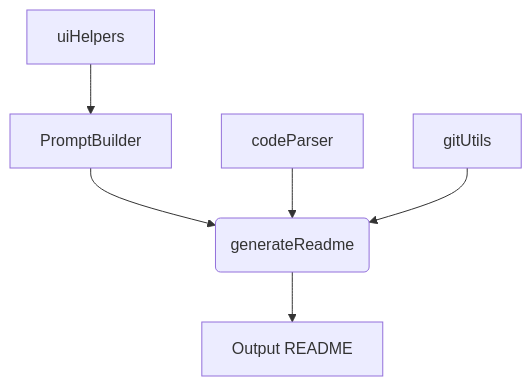
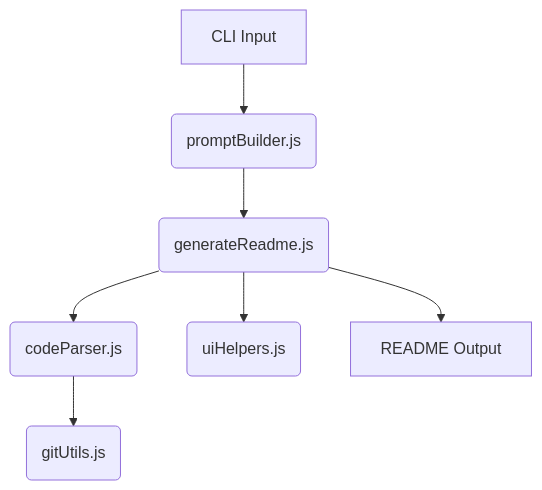
Before and after one commit to PIYUSH1SAINI/ReadMe-wiz: the first of 2 diagrams in README.md, drawn with Mermaid. The commit also changed other lines of this file and 5 other files, not shown here.

````diff
--- a/README.md
+++ b/README.md
@@ -29,8 +39,10 @@
 ```mermaid
 graph TD
-    A[PromptBuilder] --> B(generateReadme);
-    C[codeParser] --> B;
-    D[gitUtils] --> B;
-    E[uiHelpers] --> A;
-    B --> F[Output README];
+    A[CLI Input] --> B(promptBuilder.js);
+    B --> C(generateReadme.js);
+    C --> D(codeParser.js);
+    D --> E(gitUtils.js);
+    C --> F(uiHelpers.js);
+    C --> G[README Output];
+
 ```
````
